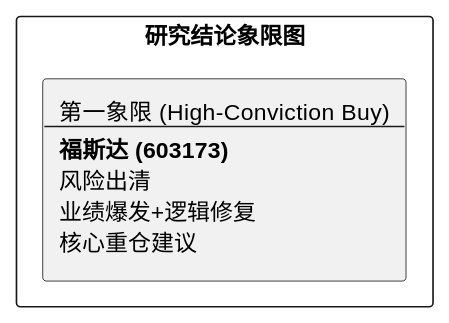
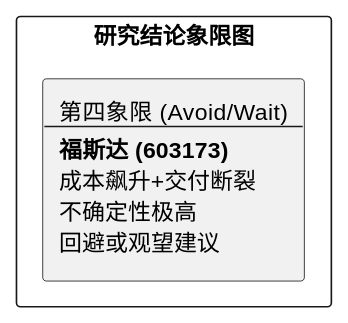
Before and after one commit to hrzzzrh/QuantPyLab: the diagram in investigation/equities/福斯达/reports/研报章节七：投资摘要与风险因素.md, drawn with PlantUML. The commit also changed other lines of this file and 159 other files, not shown here.

````diff
--- a/investigation/equities/福斯达/reports/研报章节七：投资摘要与风险因素.md
+++ b/investigation/equities/福斯达/reports/研报章节七：投资摘要与风险因素.md
@@ -24,7 +24,7 @@
 ```plantuml
 @startuml
 rectangle "研究结论象限图" {
-    rectangle "第一象限 (High-Conviction Buy)\n--\n**福斯达 (603173)**\n风险出清\n业绩爆发+逻辑修复\n核心重仓建议" as Q1
+    rectangle "第四象限 (Avoid/Wait)\n--\n**福斯达 (603173)**\n成本飙升+交付断裂\n不确定性极高\n回避或观望建议" as Q4
 }
 @enduml
 ```
````
